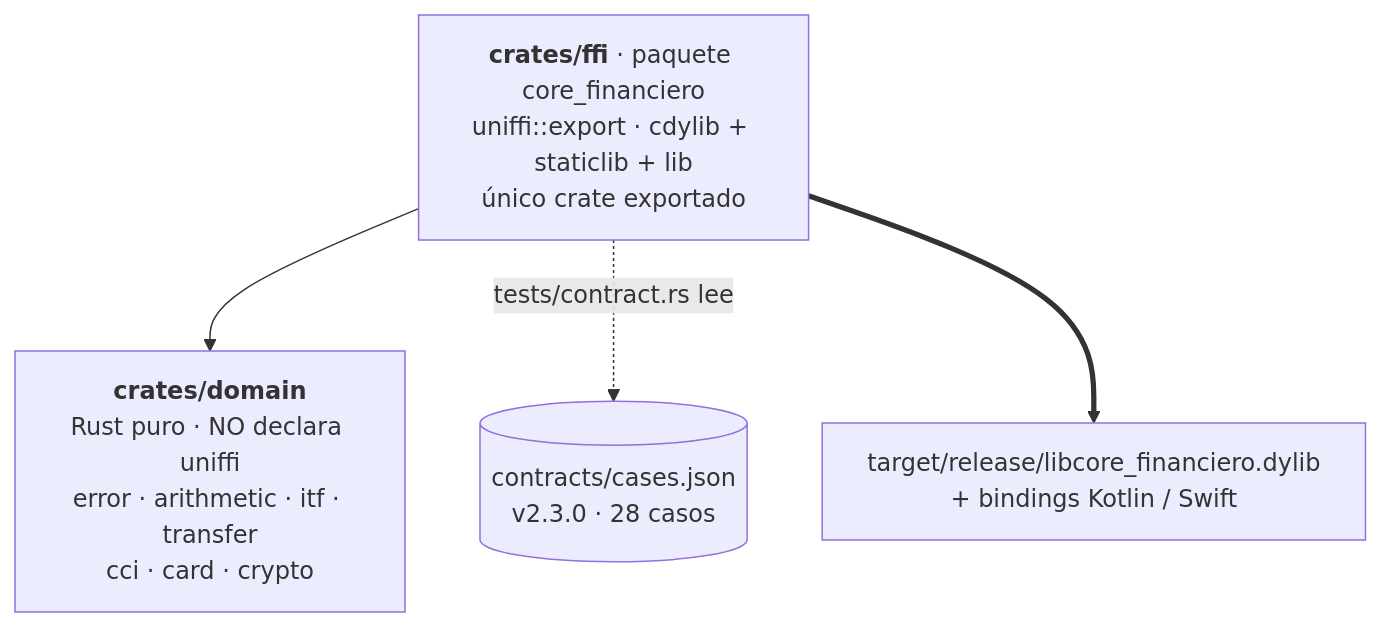
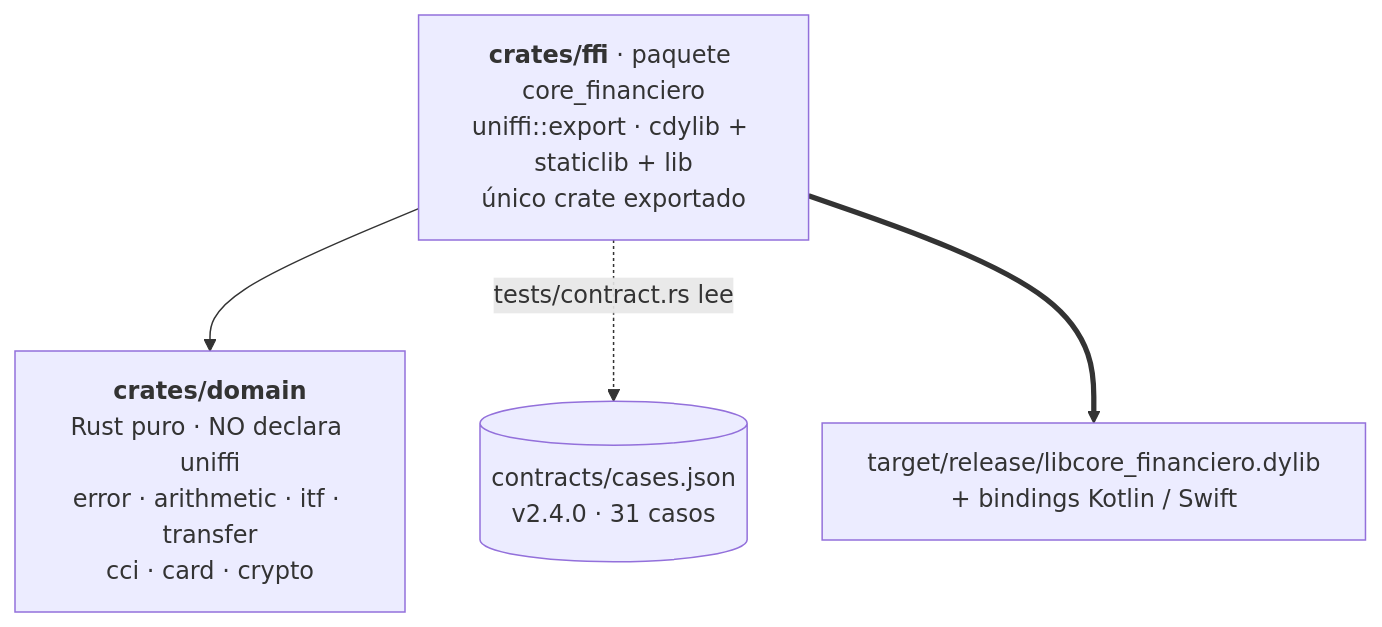
One commit to tohure/rust-core-cross-app changed the diagram in rust-core/README.md. Above: the diagram before and after it, drawn with Mermaid. The commit also changed other lines of this file and 5 other files, not shown here.

````diff
--- a/rust-core/README.md
+++ b/rust-core/README.md
@@ -17,11 +17,11 @@
 ```mermaid
 graph TD
     ffi["<b>crates/ffi</b> · paquete core_financiero<br/>uniffi::export · cdylib + staticlib + lib<br/>único crate exportado"]
     domain["<b>crates/domain</b><br/>Rust puro · NO declara uniffi<br/>error · arithmetic · itf · transfer<br/>cci · card · crypto"]
-    contrato[("contracts/cases.json<br/>v2.3.0 · 28 casos")]
+    contrato[("contracts/cases.json<br/>v2.4.0 · 31 casos")]
     bindings["target/release/libcore_financiero.dylib<br/>+ bindings Kotlin / Swift"]
 
     ffi --> domain
     ffi -. "tests/contract.rs lee" .-> contrato
     ffi ==> bindings
 ```
````
